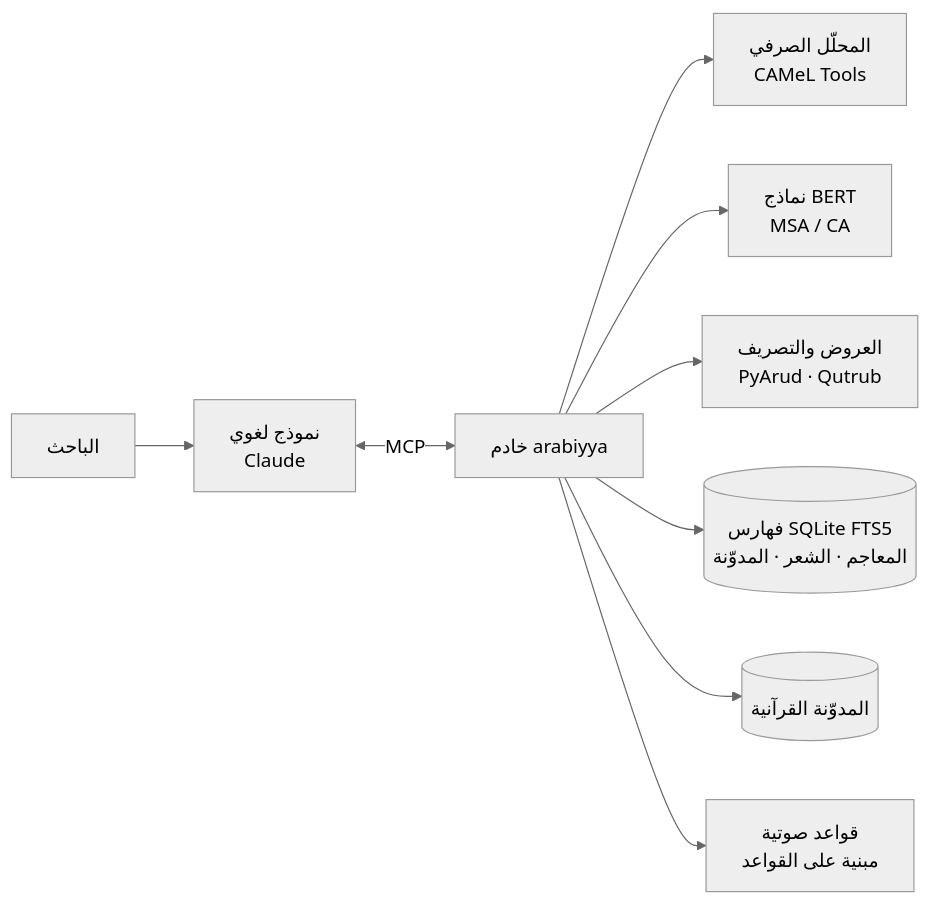
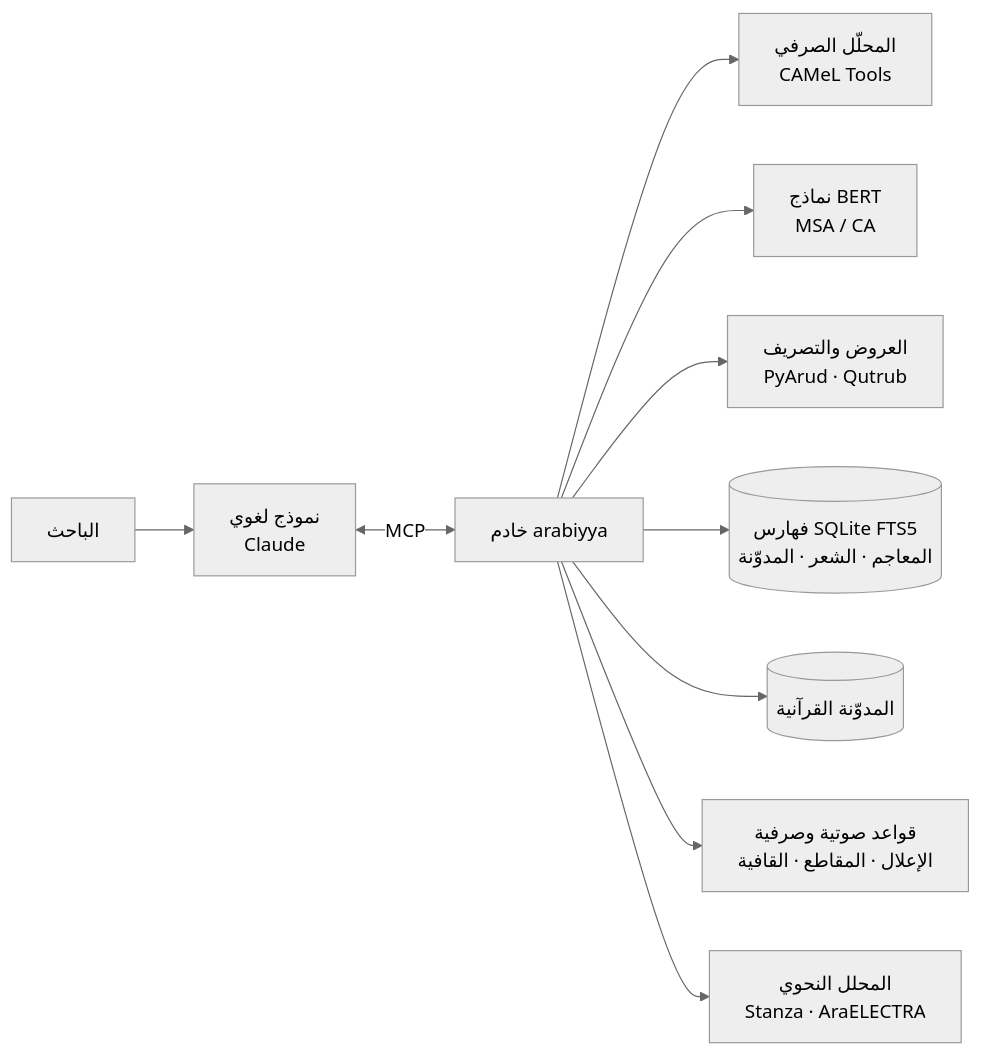
The diagram in README.md (Sayedforces2021/arabiyya-mcp), drawn with Mermaid (neutral theme) before and after one commit. The commit also changed other lines of this file and 8 other files, not shown here.

````diff
--- a/README.md
+++ b/README.md
@@ -38,11 +41,12 @@
 ```mermaid
 flowchart LR
     U[الباحث] --> C[نموذج لغوي<br/>Claude]
     C <-->|MCP| S[خادم arabiyya]
     S --> M[المحلّل الصرفي<br/>CAMeL Tools]
     S --> B[نماذج BERT<br/>MSA / CA]
     S --> P[العروض والتصريف<br/>PyArud · Qutrub]
     S --> R[(فهارس SQLite FTS5<br/>المعاجم · الشعر · المدوّنة)]
     S --> Q[(المدوّنة القرآنية)]
-    S --> X[قواعد صوتية<br/>مبنية على القواعد]
+    S --> X[قواعد صوتية وصرفية<br/>الإعلال · المقاطع · القافية]
+    S --> N[المحلل النحوي<br/>Stanza · AraELECTRA]
 ```
````
